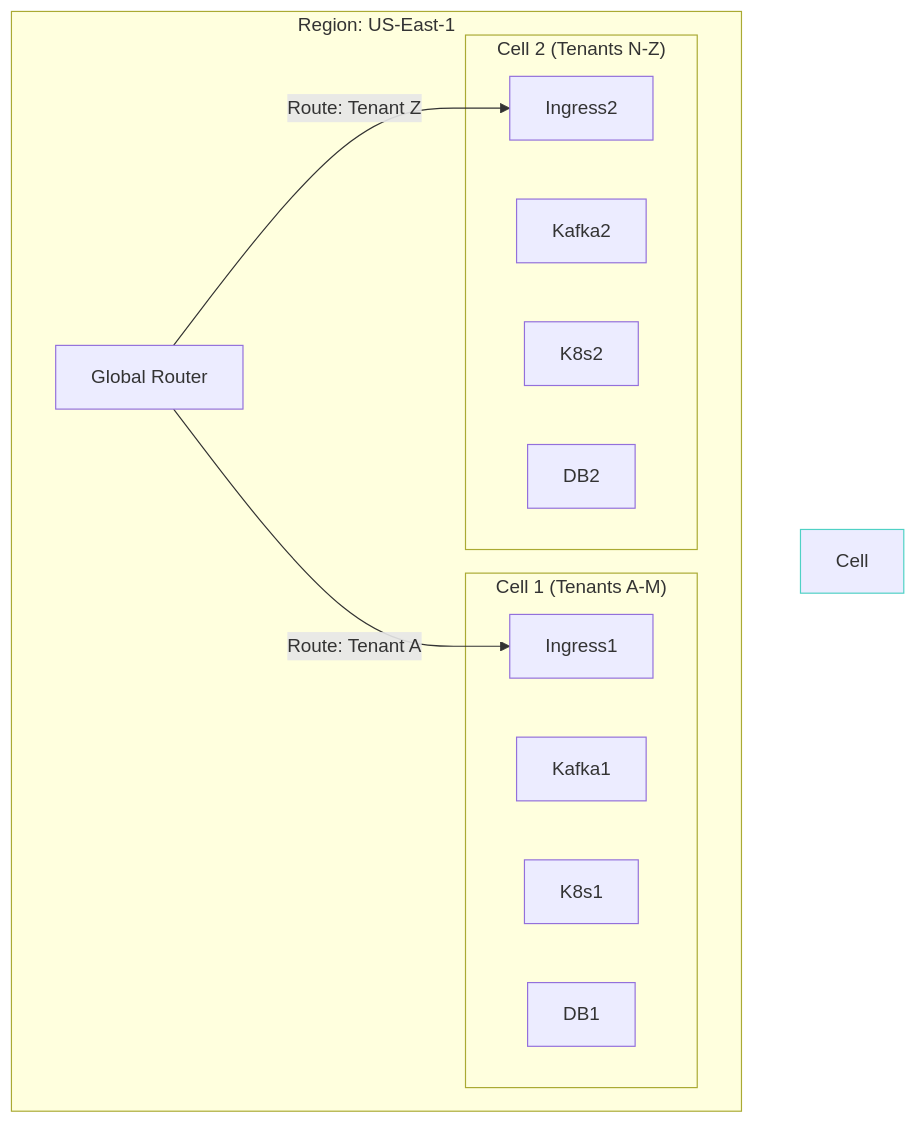
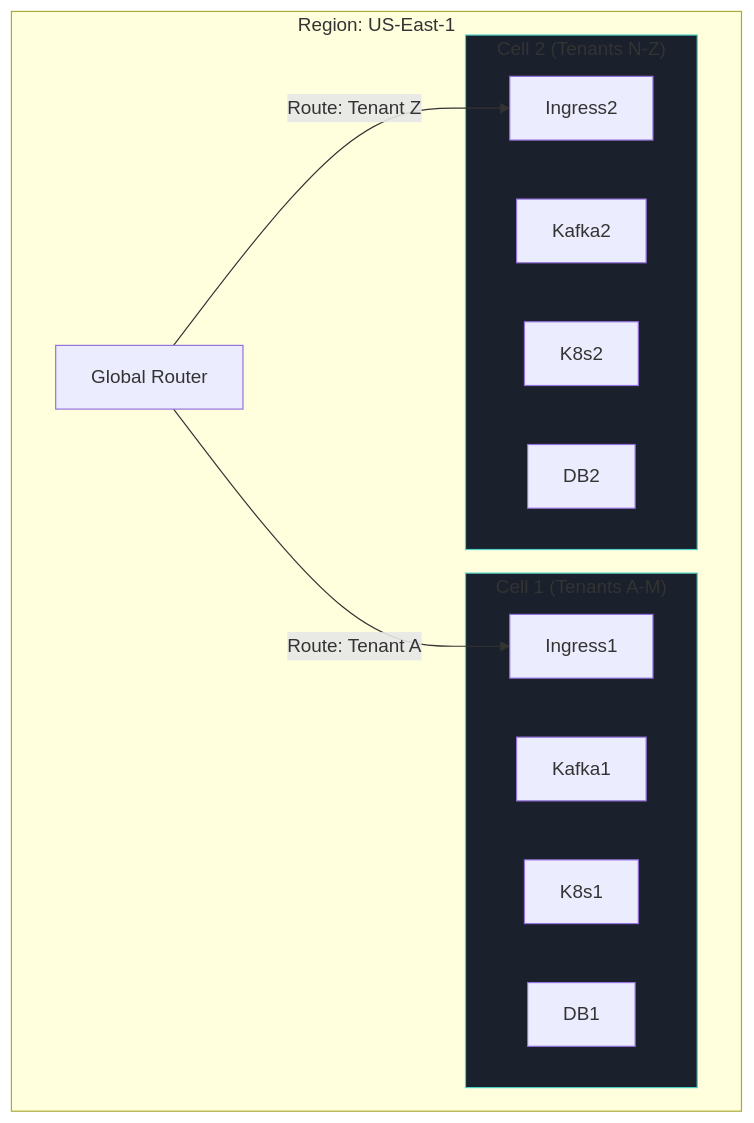
The fifth of 5 diagrams in src/app/[locale]/research/papers/a2-high-throughput-distributed-systems/A2-PAPER-FULL.md (gchaitanyabharath9/omnigcloud), drawn with Mermaid before and after one commit. The commit also changed 2 other files, not shown here.

Commit message:
Finalize research papers: Fix typos, numbering, and diagram syntax for Gold Standard publication

````diff
--- a/src/app/[locale]/research/papers/a2-high-throughput-distributed-systems/A2-PAPER-FULL.md
+++ b/src/app/[locale]/research/papers/a2-high-throughput-distributed-systems/A2-PAPER-FULL.md
@@ -141,26 +141,26 @@
 ```mermaid
 graph TD
-    subgraph "Region: US-East-1"
+    subgraph RegionUS["Region: US-East-1"]
         Router[Global Router]
         
-        subgraph "Cell 1 (Tenants A-M)"
+        subgraph Cell1["Cell 1 (Tenants A-M)"]
             Ingress1
             Kafka1
             K8s1
             DB1
         end
         
-        subgraph "Cell 2 (Tenants N-Z)"
+        subgraph Cell2["Cell 2 (Tenants N-Z)"]
             Ingress2
             Kafka2
             K8s2
             DB2
         end
         
         Router -->|Route: Tenant A| Ingress1
         Router -->|Route: Tenant Z| Ingress2
     end
     
-    style Cell 1 fill:#1a202c,stroke:#4fd1c5
-    style Cell 2 fill:#1a202c,stroke:#4fd1c5
+    style Cell1 fill:#1a202c,stroke:#4fd1c5
+    style Cell2 fill:#1a202c,stroke:#4fd1c5
 ```
````
